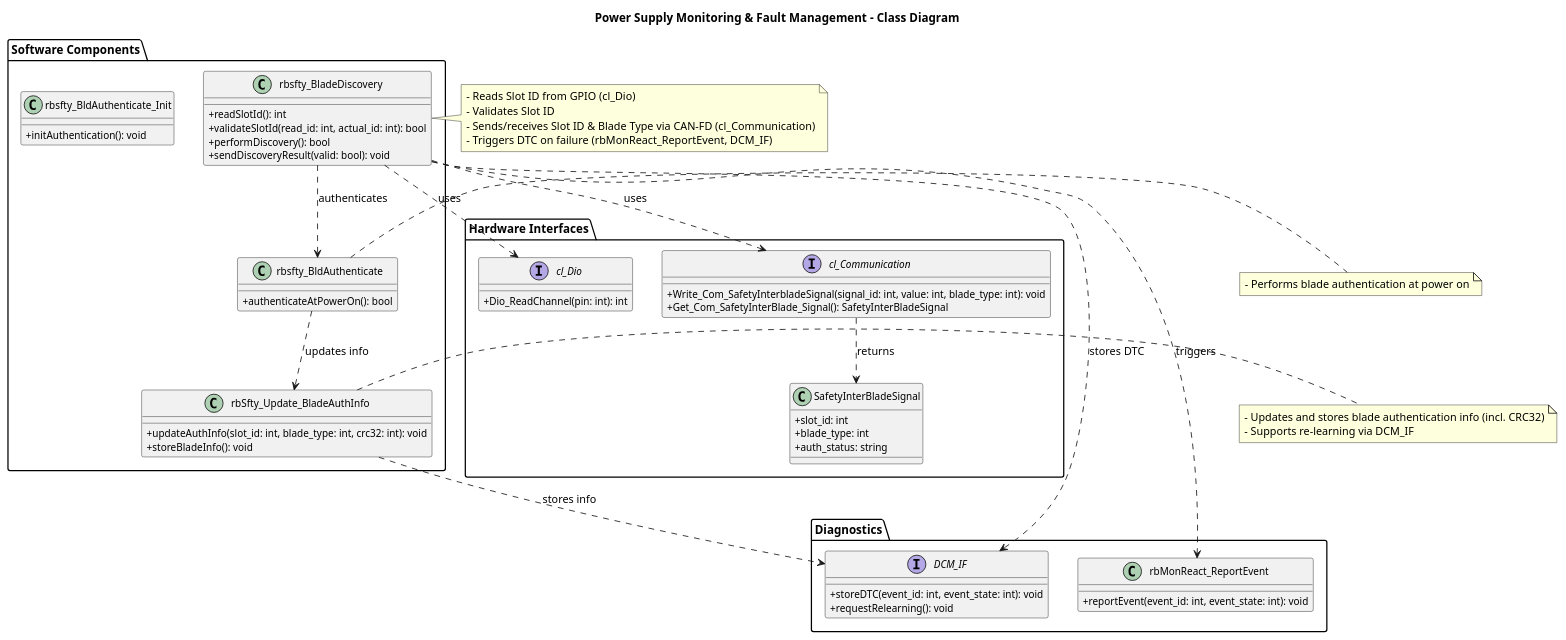
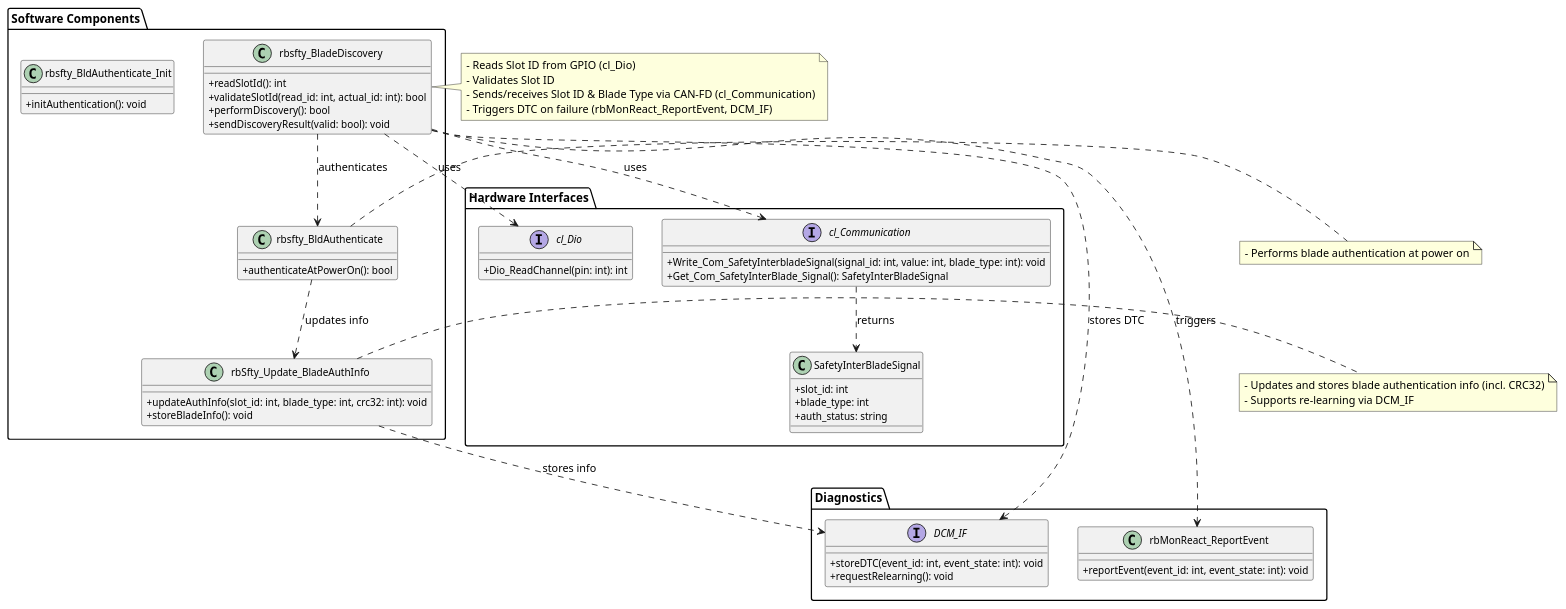
The diagram in puml-parser-py/data/samples/classdiagram_2.puml (balajirajan87/Rhaosody_pluggin_GenAI), drawn with PlantUML before and after one commit. The commit also changed 3 other files, not shown here.

```diff
--- a/puml-parser-py/data/samples/classdiagram_2.puml
+++ b/puml-parser-py/data/samples/classdiagram_2.puml
@@ -1,89 +1,87 @@
 @startuml
-
-title Power Supply Monitoring & Fault Management - Class Diagram
 
 skinparam classAttributeIconSize 0
 skinparam classFontSize 14
 skinparam classAttributeFontSize 12
 skinparam classMethodFontSize 12
 
 package "Hardware Interfaces" {
     interface cl_Dio {
         + Dio_ReadChannel(pin: int): int
     }
 
     interface cl_Communication {
         + Write_Com_SafetyInterbladeSignal(signal_id: int, value: int, blade_type: int): void
         + Get_Com_SafetyInterBlade_Signal(): SafetyInterBladeSignal
     }
 
     class SafetyInterBladeSignal {
         + slot_id: int
         + blade_type: int
         + auth_status: string
     }
 }
 
 package "Software Components" {
     class rbsfty_BladeDiscovery {
         + readSlotId(): int
         + validateSlotId(read_id: int, actual_id: int): bool
         + performDiscovery(): bool
         + sendDiscoveryResult(valid: bool): void
     }
 
     class rbsfty_BldAuthenticate {
         + authenticateAtPowerOn(): bool
     }
 
     class rbsfty_BldAuthenticate_Init {
         + initAuthentication(): void
     }
 
     class rbSfty_Update_BladeAuthInfo {
         + updateAuthInfo(slot_id: int, blade_type: int, crc32: int): void
         + storeBladeInfo(): void
     }
 }
 
 package "Diagnostics" {
     interface DCM_IF {
         + storeDTC(event_id: int, event_state: int): void
         + requestRelearning(): void
     }
 
     class rbMonReact_ReportEvent {
         + reportEvent(event_id: int, event_state: int): void
     }
 }
 
 ' Relationships
 rbsfty_BladeDiscovery ..> cl_Dio : uses
 rbsfty_BladeDiscovery ..> cl_Communication : uses
 rbsfty_BladeDiscovery ..> rbMonReact_ReportEvent : triggers
 rbsfty_BladeDiscovery ..> DCM_IF : stores DTC
 
 rbsfty_BladeDiscovery ..> rbsfty_BldAuthenticate : authenticates
 rbsfty_BldAuthenticate ..> rbSfty_Update_BladeAuthInfo : updates info
 
 rbSfty_Update_BladeAuthInfo ..> DCM_IF : stores info
 
 cl_Communication ..> SafetyInterBladeSignal : returns
 
 note right of rbsfty_BladeDiscovery
 - Reads Slot ID from GPIO (cl_Dio)
 - Validates Slot ID
 - Sends/receives Slot ID & Blade Type via CAN-FD (cl_Communication)
 - Triggers DTC on failure (rbMonReact_ReportEvent, DCM_IF)
 end note
 
 note right of rbsfty_BldAuthenticate
 - Performs blade authentication at power on
 end note
 
 note right of rbSfty_Update_BladeAuthInfo
 - Updates and stores blade authentication info (incl. CRC32)
 - Supports re-learning via DCM_IF
 end note
 
 @enduml
```
